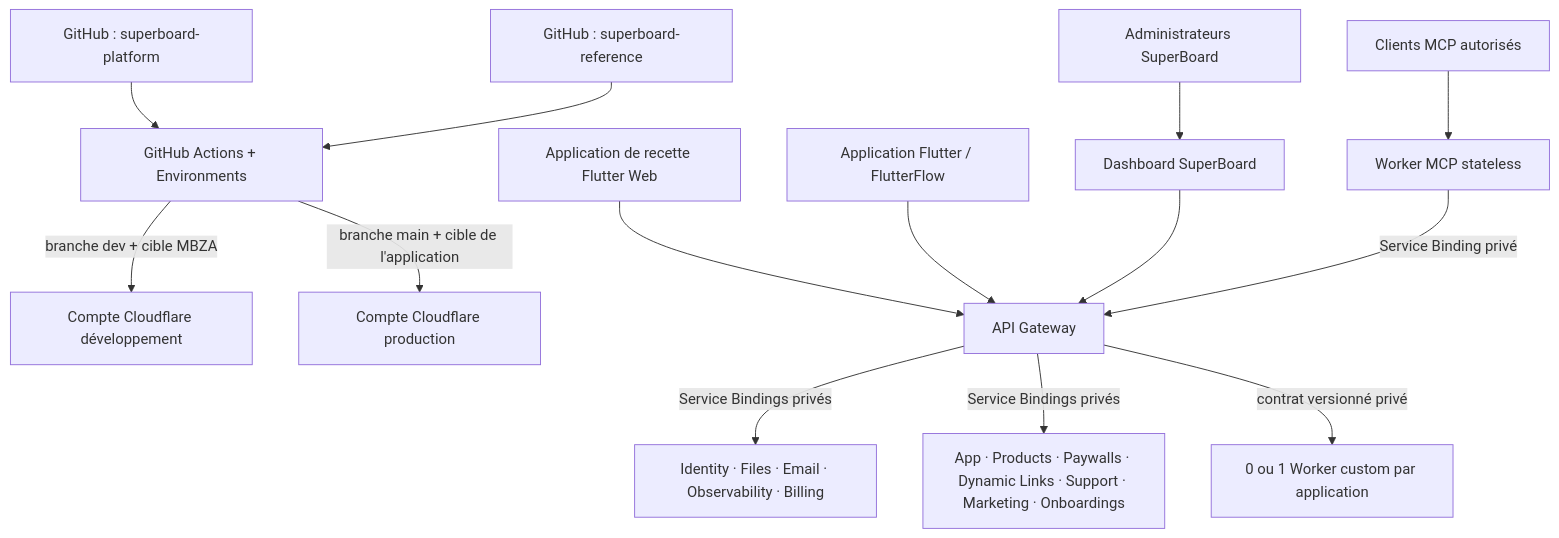
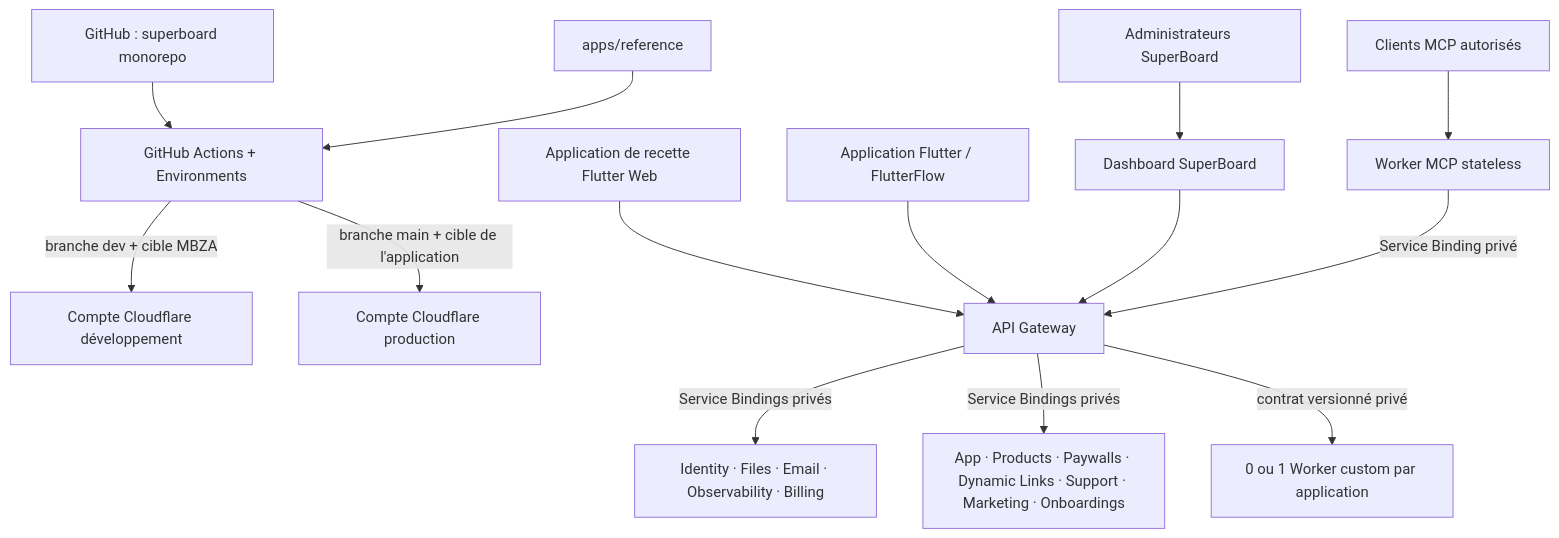
The diagram in docs/ARCHITECTURE_CIBLE_FR.md (mabzadev/superboard), drawn with Mermaid before and after one commit. The commit also changed other lines of this file and 68 other files, not shown here.

````diff
--- a/docs/ARCHITECTURE_CIBLE_FR.md
+++ b/docs/ARCHITECTURE_CIBLE_FR.md
@@ -19,30 +19,30 @@
 ```mermaid
 flowchart TB
   app["Application Flutter / FlutterFlow"]
   admin["Administrateurs SuperBoard"]
-  git["GitHub : superboard-platform"]
-  gitref["GitHub : superboard-reference"]
+  git["GitHub : superboard monorepo"]
+  gitref["apps/reference"]
   gha["GitHub Actions + Environments"]
   cfdev["Compte Cloudflare développement"]
   cfprod["Compte Cloudflare production"]
   dashboard["Dashboard SuperBoard"]
   gateway["API Gateway"]
   common["Identity · Files · Email · Observability · Billing"]
   modules["App · Products · Paywalls · Dynamic Links · Support · Marketing · Onboardings"]
   custom["0 ou 1 Worker custom par application"]
   mcp["Worker MCP stateless"]
   agent["Clients MCP autorisés"]
   reference["Application de recette Flutter Web"]
 
   git --> gha
   gitref --> gha
   gha -->|"branche dev + cible MBZA"| cfdev
   gha -->|"branche main + cible de l'application"| cfprod
   reference --> gateway
   app --> gateway
   admin --> dashboard --> gateway
   agent --> mcp -->|"Service Binding privé"| gateway
   gateway -->|"Service Bindings privés"| common
   gateway -->|"Service Bindings privés"| modules
   gateway -->|"contrat versionné privé"| custom
 ```
````
